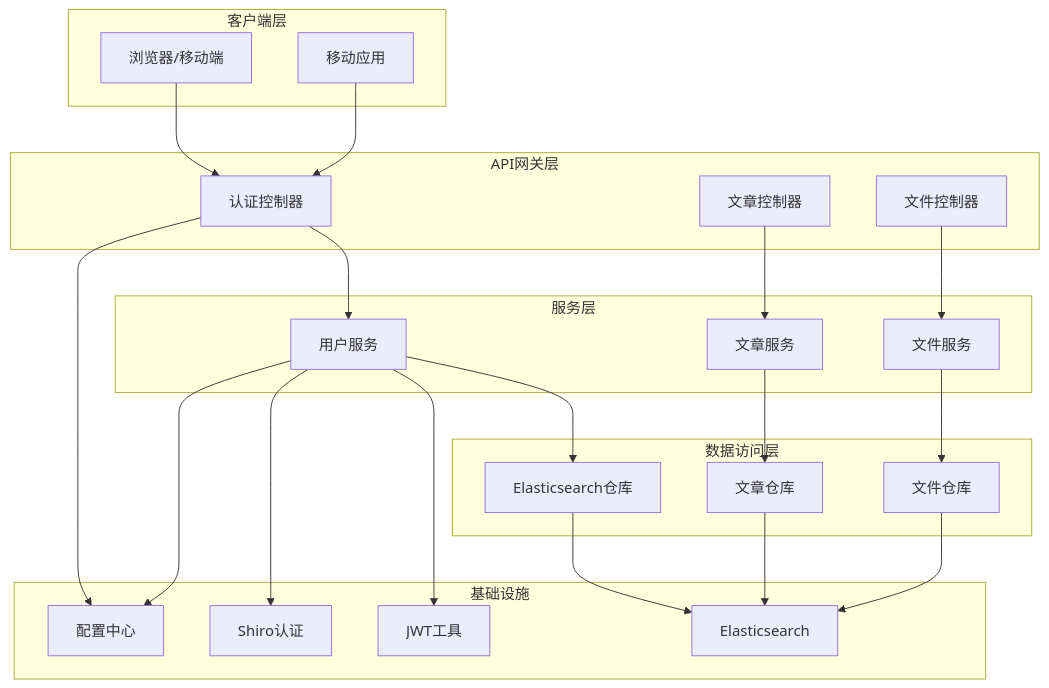
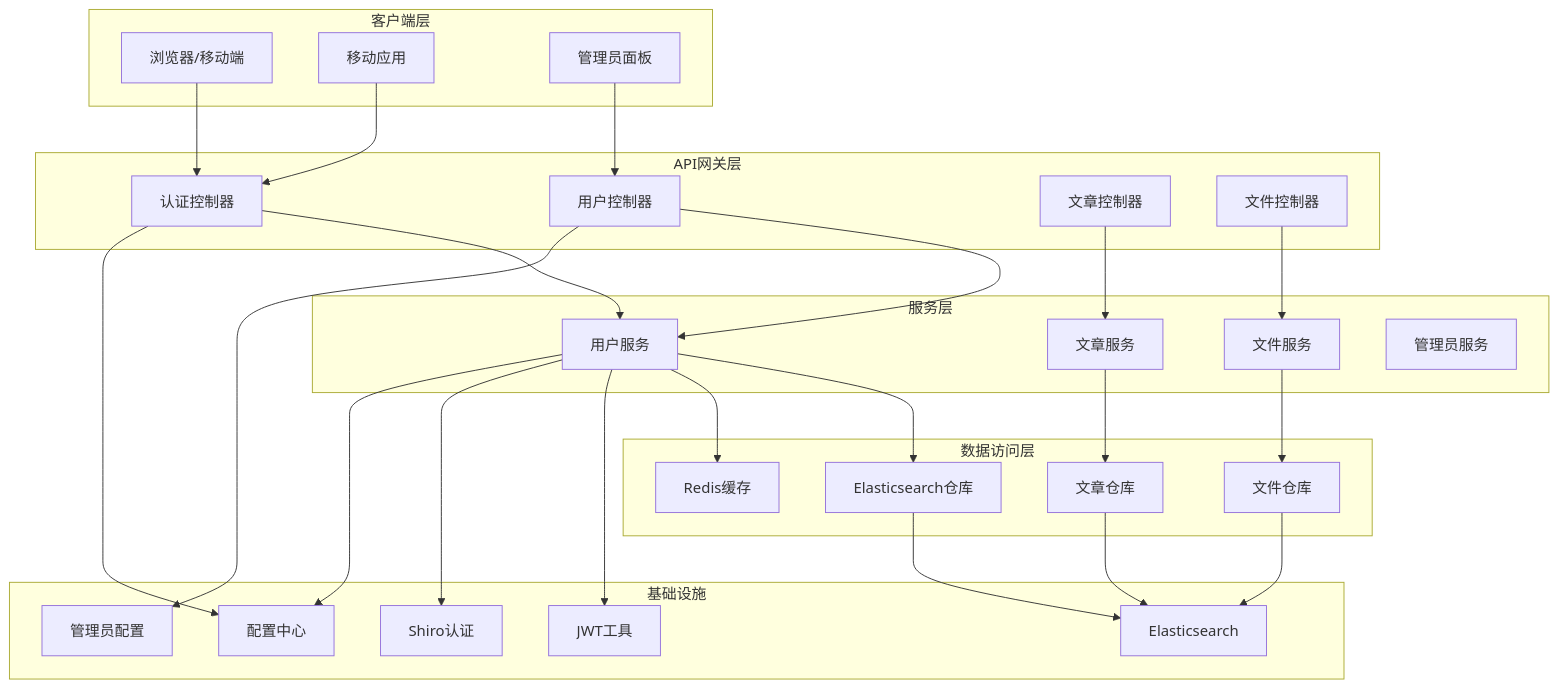
Before and after one commit to 20164206160/zhishilu: the first of 19 diagrams in .qoder/repowiki/zh/content/用户管理系统/用户管理系统.md, drawn with Mermaid. The commit also changed other lines of this file and 11 other files, not shown here.

````diff
--- a/.qoder/repowiki/zh/content/用户管理系统/用户管理系统.md
+++ b/.qoder/repowiki/zh/content/用户管理系统/用户管理系统.md
@@ -56,43 +69,52 @@
 ```mermaid
 graph TB
 subgraph "客户端层"
 Browser[浏览器/移动端]
 MobileApp[移动应用]
+AdminPanel[管理员面板]
 end
 subgraph "API网关层"
 AuthController[认证控制器]
+UserController[用户控制器]
 ArticleController[文章控制器]
 FileController[文件控制器]
 end
 subgraph "服务层"
 UserService[用户服务]
 ArticleService[文章服务]
 FileService[文件服务]
+AdminService[管理员服务]
 end
 subgraph "数据访问层"
 UserRepository[Elasticsearch仓库]
 ArticleRepository[文章仓库]
 FileRepository[文件仓库]
+Redis[Redis缓存]
 end
 subgraph "基础设施"
 JWT[JWT工具]
 Shiro[Shiro认证]
 ES[Elasticsearch]
 Config[配置中心]
+AdminConfig[管理员配置]
 end
 Browser --> AuthController
+AdminPanel --> UserController
 MobileApp --> AuthController
 AuthController --> UserService
+UserController --> UserService
 ArticleController --> ArticleService
 FileController --> FileService
 UserService --> UserRepository
+UserService --> Redis
 ArticleService --> ArticleRepository
 FileService --> FileRepository
 UserService --> JWT
 UserService --> Shiro
 UserRepository --> ES
 ArticleRepository --> ES
 FileRepository --> ES
 AuthController --> Config
 UserService --> Config
+UserController --> AdminConfig
 ```
````
